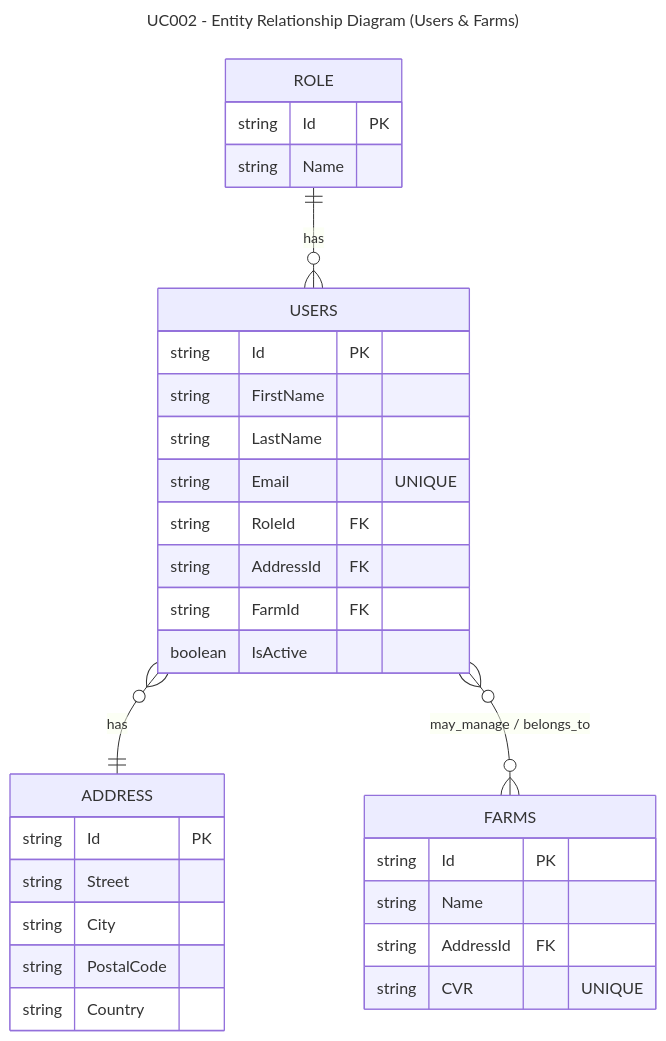
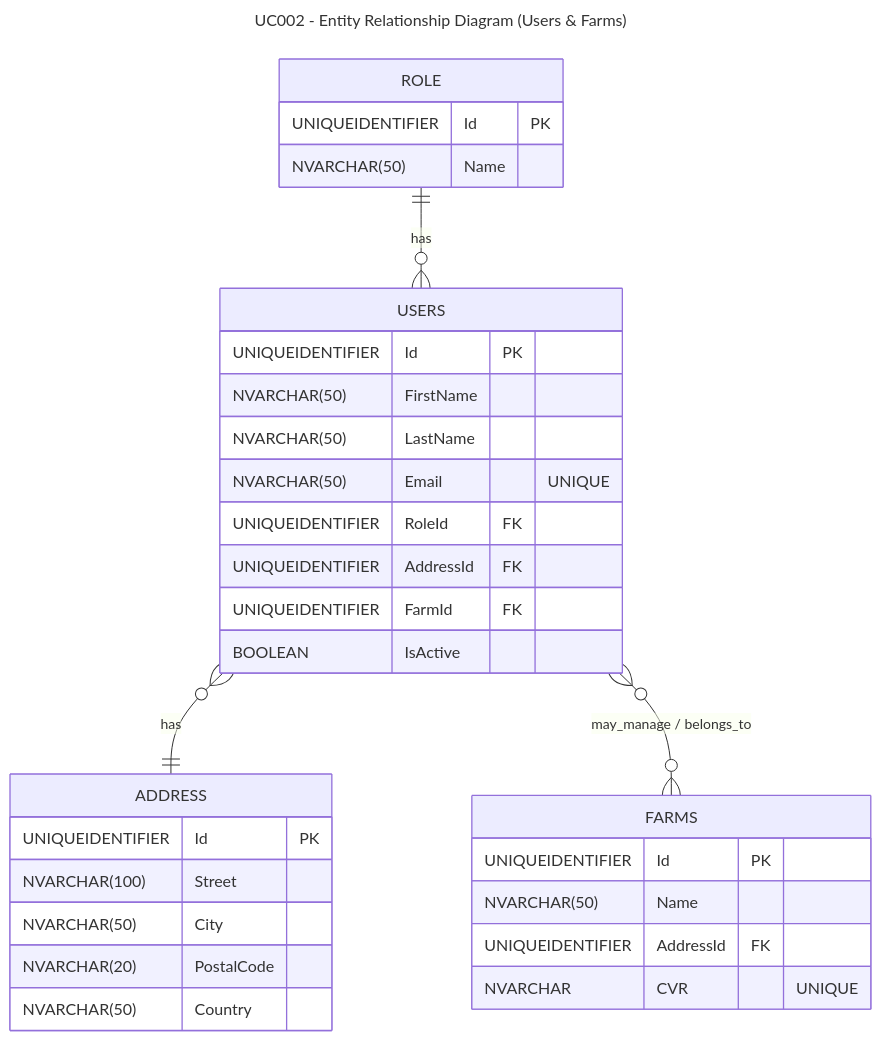
The diagram in docs/UseCase002-AdministrateFarmsAndUsers/UC002-ER.mmd (DMOoF25-TEAM11/ArlaNatureConnect), drawn with Mermaid before and after one commit.

Commit message:
Updat ER with correct type

```diff
--- a/docs/UseCase002-AdministrateFarmsAndUsers/UC002-ER.mmd
+++ b/docs/UseCase002-AdministrateFarmsAndUsers/UC002-ER.mmd
@@ -1,39 +1,39 @@
 ---
 title: UC002 - Entity Relationship Diagram (Users & Farms)
 crossref: UC002-DCD.mmd, UC002-SD.mmd
 ---
 erDiagram
     ROLE {
-        string Id PK
-        string Name
+        UNIQUEIDENTIFIER Id PK
+        NVARCHAR(50) Name
     }
 
     USERS {
-        string Id PK
-        string FirstName
-        string LastName
-        string Email "UNIQUE"
-        string RoleId FK
-        string AddressId FK
-        string FarmId FK
-        boolean IsActive
+        UNIQUEIDENTIFIER Id PK
+        NVARCHAR(50) FirstName
+        NVARCHAR(50) LastName
+        NVARCHAR(50) Email "UNIQUE"
+        UNIQUEIDENTIFIER RoleId FK
+        UNIQUEIDENTIFIER AddressId FK
+        UNIQUEIDENTIFIER FarmId FK
+        BOOLEAN IsActive
     }
 
     FARMS {
-        string Id PK
-        string Name
-        string AddressId FK
-        string CVR "UNIQUE"
+        UNIQUEIDENTIFIER Id PK
+        NVARCHAR(50) Name
+        UNIQUEIDENTIFIER AddressId FK
+        NVARCHAR CVR "UNIQUE"
     }
 
     ADDRESS {
-        string Id PK
-        string Street
-        string City
-        string PostalCode
-        string Country
+        UNIQUEIDENTIFIER Id PK
+        NVARCHAR(100) Street
+        NVARCHAR(50) City
+        NVARCHAR(20) PostalCode
+        NVARCHAR(50) Country
     }
 
     ROLE ||--o{ USERS : "has"
     USERS }o--|| ADDRESS : "has"
     USERS }o--o{ FARMS : "may_manage / belongs_to"
```
